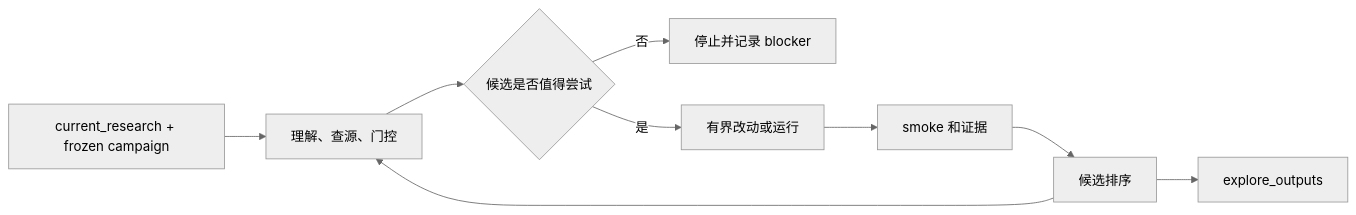
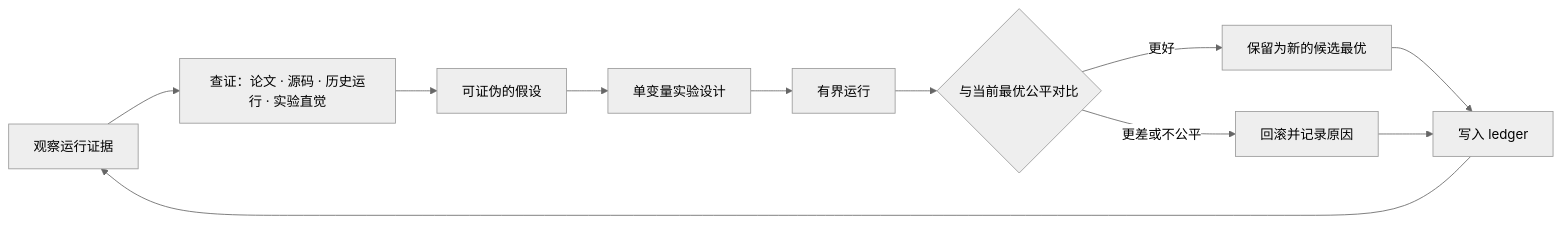
Before and after one commit to lllllllama/RigorPilot-Skills: the second of 2 diagrams in README.zh-CN.md, drawn with Mermaid (neutral theme). The commit also changed other lines of this file and 11 other files, not shown here.

````diff
--- a/README.zh-CN.md
+++ b/README.zh-CN.md
@@ -173,11 +175,13 @@
 ```mermaid
 flowchart LR
-    A[current_research + frozen campaign] --> B[理解、查源、门控]
-    B --> C{候选是否值得尝试}
-    C -- 否 --> D[停止并记录 blocker]
-    C -- 是 --> E[有界改动或运行]
-    E --> F[smoke 和证据]
-    F --> G[候选排序]
-    G --> H[explore_outputs]
-    G --> B
+    A[观察运行证据] --> B[查证：论文 · 源码 · 历史运行 · 实验直觉]
+    B --> C[可证伪的假设]
+    C --> D[单变量实验设计]
+    D --> E[有界运行]
+    E --> F{与当前最优公平对比}
+    F -- 更好 --> G[保留为新的候选最优]
+    F -- 更差或不公平 --> H[回滚并记录原因]
+    G --> I[写入 ledger]
+    H --> I
+    I --> A
 ```
````
